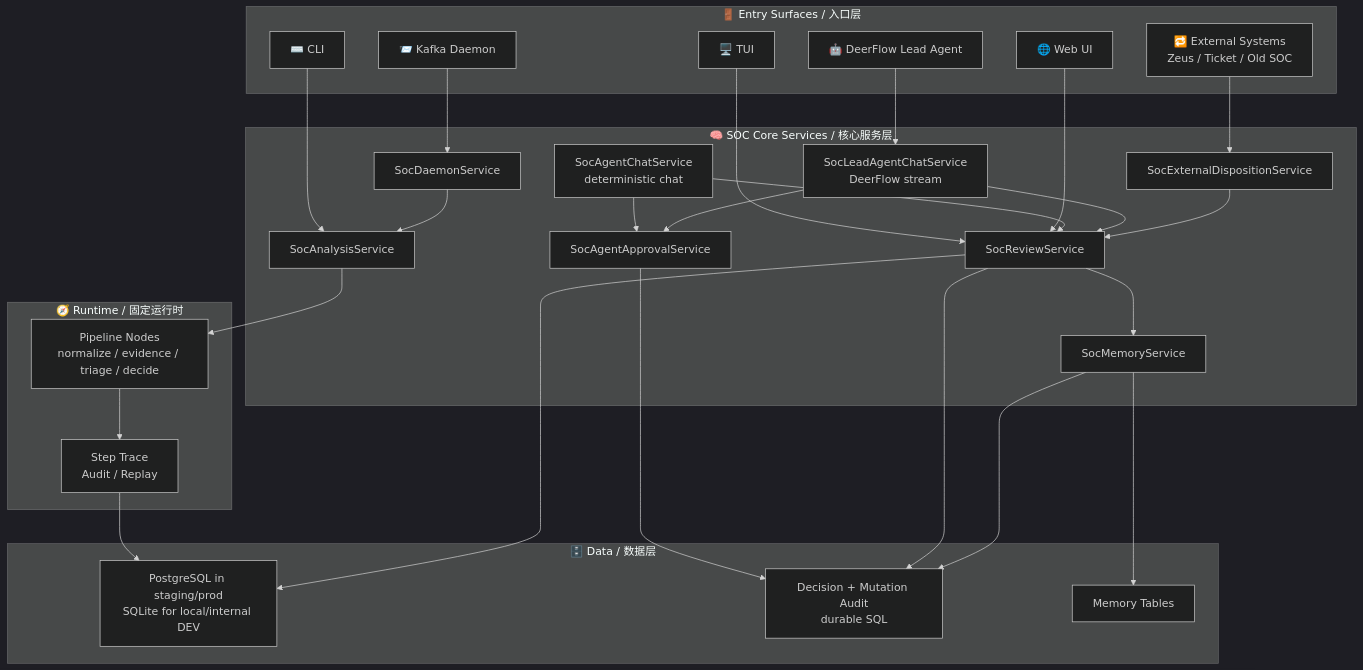
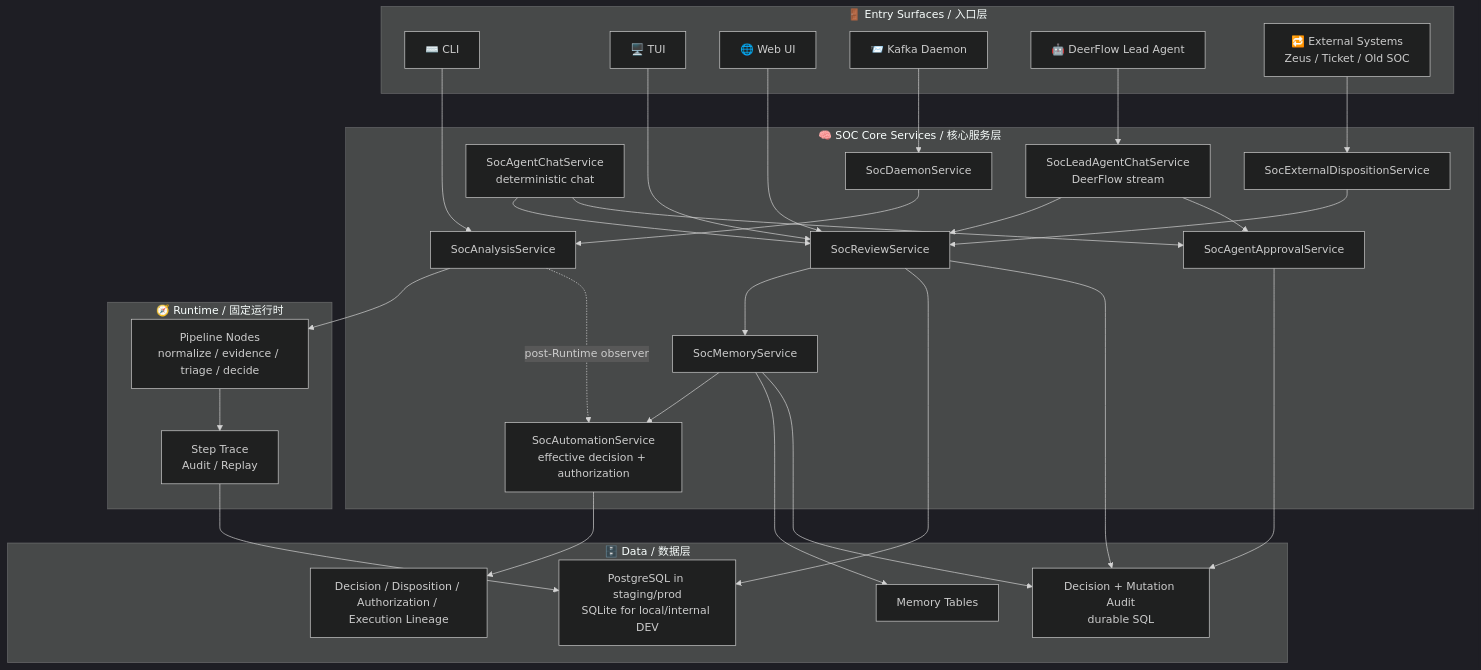
The second of 16 diagrams in .notes/ai_soc/soc-agent-solution.md (yydspanda/deer-flow), drawn with Mermaid (dark theme) before and after one commit. The commit also changed other lines of this file and 50 other files, not shown here.

Commit message:
feat(soc): govern memory-informed automation

````diff
--- a/.notes/ai_soc/soc-agent-solution.md
+++ b/.notes/ai_soc/soc-agent-solution.md
@@ -155,56 +160,61 @@
 ```mermaid
 flowchart TB
     subgraph Entry["🚪 Entry Surfaces / 入口层"]
         CLI["⌨️ CLI"]
         TUI["🖥️ TUI"]
         WEB["🌐 Web UI"]
         KAFKA["📨 Kafka Daemon"]
         LEAD["🤖 DeerFlow Lead Agent"]
         EXT["🔁 External Systems<br/>Zeus / Ticket / Old SOC"]
     end
 
     subgraph Core["🧠 SOC Core Services / 核心服务层"]
         ANALYSIS["SocAnalysisService"]
         REVIEW["SocReviewService"]
         MEMORY["SocMemoryService"]
         DAEMON["SocDaemonService"]
         CHAT["SocAgentChatService<br/>deterministic chat"]
         LEAD_CHAT["SocLeadAgentChatService<br/>DeerFlow stream"]
         DISPOSITION["SocExternalDispositionService"]
         APPROVAL["SocAgentApprovalService"]
+        AUTOMATION["SocAutomationService<br/>effective decision + authorization"]
     end
 
     subgraph Runtime["🧭 Runtime / 固定运行时"]
         PIPELINE["Pipeline Nodes<br/>normalize / evidence / triage / decide"]
         TRACE["Step Trace<br/>Audit / Replay"]
     end
 
     subgraph Data["🗄️ Data / 数据层"]
         DB["PostgreSQL in staging/prod<br/>SQLite for local/internal DEV"]
         AUDIT_DB["Decision + Mutation Audit<br/>durable SQL"]
         MEMORY_DB["Memory Tables"]
+        AUTOMATION_DB["Decision / Disposition / Authorization / Execution Lineage"]
     end
 
     CLI --> ANALYSIS
     TUI --> REVIEW
     WEB --> REVIEW
     KAFKA --> DAEMON
     LEAD --> LEAD_CHAT
     EXT --> DISPOSITION
 
     DAEMON --> ANALYSIS
     CHAT --> REVIEW
     CHAT --> APPROVAL
     LEAD_CHAT --> REVIEW
     LEAD_CHAT --> APPROVAL
     DISPOSITION --> REVIEW
     REVIEW --> MEMORY
     ANALYSIS --> PIPELINE
+    ANALYSIS -. "post-Runtime observer" .-> AUTOMATION
+    MEMORY --> AUTOMATION
     PIPELINE --> TRACE
     TRACE --> DB
     REVIEW --> DB
     MEMORY --> MEMORY_DB
     APPROVAL --> AUDIT_DB
     REVIEW --> AUDIT_DB
     MEMORY --> AUDIT_DB
+    AUTOMATION --> AUTOMATION_DB
 ```
````
